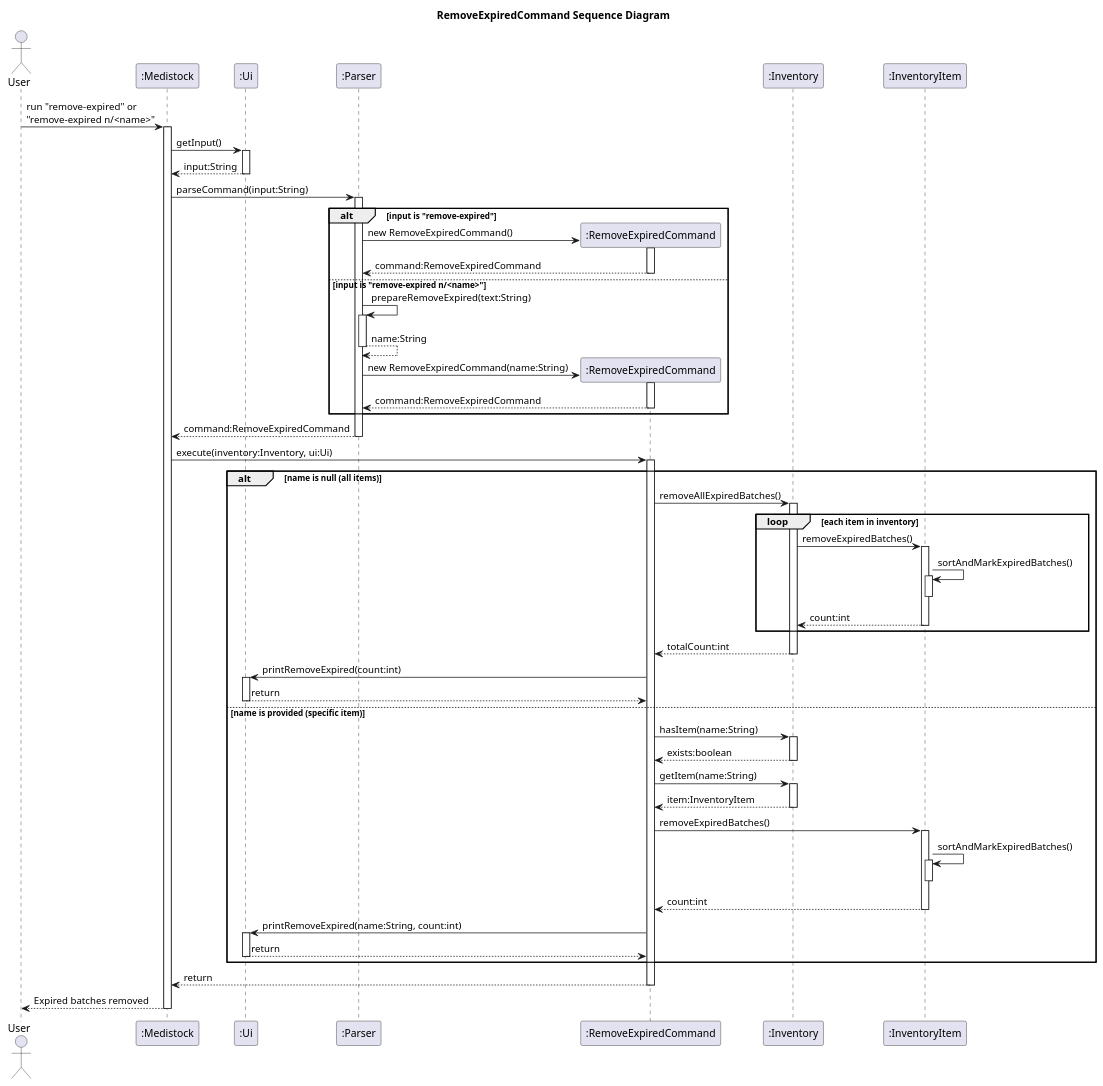
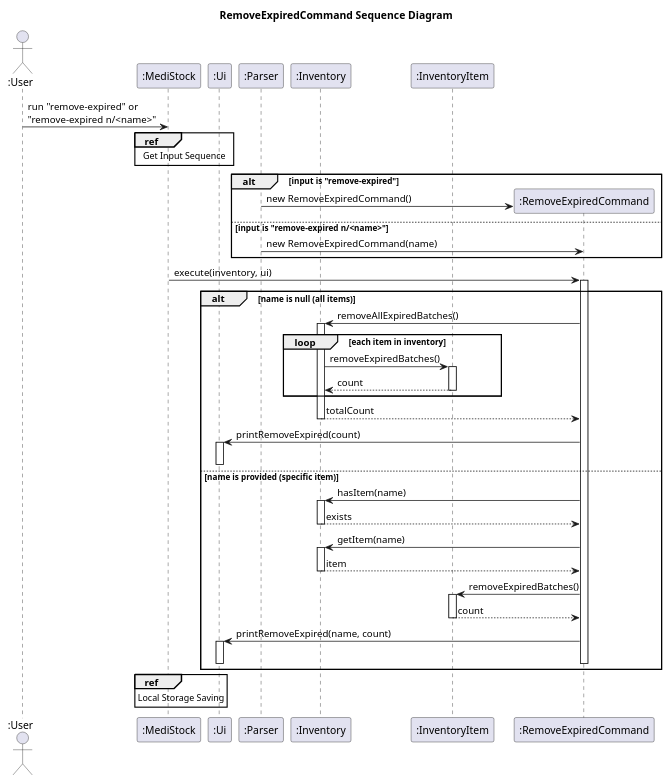
Before and after one commit to Yonish18/tp: the diagram in docs/uml/RemoveExpiredCommandSequenceDiagram.puml, drawn with PlantUML. The commit also changed 25 other files, not shown here.

First line of the commit message:
Updated DG to correct sequence diagrams.

```diff
--- a/docs/uml/RemoveExpiredCommandSequenceDiagram.puml
+++ b/docs/uml/RemoveExpiredCommandSequenceDiagram.puml
@@ -1,104 +1,54 @@
 @startuml
 title RemoveExpiredCommand Sequence Diagram
 
-actor User
-participant ":Medistock" as App
+actor ":User" as User
+participant ":MediStock" as App
 participant ":Ui" as Ui
 participant ":Parser" as Parser
-participant ":RemoveExpiredCommand" as Cmd
 participant ":Inventory" as Inventory
 participant ":InventoryItem" as Item
 
 User -> App : run "remove-expired" or\n"remove-expired n/<name>"
-activate App
-
-App -> Ui : getInput()
-activate Ui
-Ui --> App : input:String
-deactivate Ui
-
-App -> Parser : parseCommand(input:String)
-activate Parser
-
+ref over App, Ui
+    Get Input Sequence
+end
+create ":RemoveExpiredCommand" as Cmd
 alt input is "remove-expired"
-    create Cmd
     Parser -> Cmd : new RemoveExpiredCommand()
-    activate Cmd
-    Cmd --> Parser : command:RemoveExpiredCommand
-    deactivate Cmd
 else input is "remove-expired n/<name>"
-    Parser -> Parser : prepareRemoveExpired(text:String)
-    activate Parser
-    Parser --> Parser : name:String
-    deactivate Parser
-
-    create Cmd
-    Parser -> Cmd : new RemoveExpiredCommand(name:String)
-    activate Cmd
-    Cmd --> Parser : command:RemoveExpiredCommand
-    deactivate Cmd
+    Parser -> Cmd : new RemoveExpiredCommand(name)
 end
-
-Parser --> App : command:RemoveExpiredCommand
-deactivate Parser
-
-App -> Cmd : execute(inventory:Inventory, ui:Ui)
-activate Cmd
+App -> Cmd ++: execute(inventory, ui)
 
 alt name is null (all items)
-    Cmd -> Inventory : removeAllExpiredBatches()
-    activate Inventory
+    Cmd -> Inventory ++: removeAllExpiredBatches()
 
     loop each item in inventory
-        Inventory -> Item : removeExpiredBatches()
-        activate Item
-
-        Item -> Item : sortAndMarkExpiredBatches()
-        activate Item
-        deactivate Item
-
-        Item --> Inventory : count:int
-        deactivate Item
+        Inventory -> Item ++: removeExpiredBatches()
+        return count
     end
 
-    Inventory --> Cmd : totalCount:int
-    deactivate Inventory
+    return totalCount
 
-    Cmd -> Ui : printRemoveExpired(count:int)
-    activate Ui
-    Ui --> Cmd : return
+    Cmd -> Ui ++: printRemoveExpired(count)
     deactivate Ui
 
 else name is provided (specific item)
-    Cmd -> Inventory : hasItem(name:String)
-    activate Inventory
-    Inventory --> Cmd : exists:boolean
-    deactivate Inventory
+    Cmd -> Inventory ++: hasItem(name)
+    return exists
 
-    Cmd -> Inventory : getItem(name:String)
-    activate Inventory
-    Inventory --> Cmd : item:InventoryItem
-    deactivate Inventory
+    Cmd -> Inventory ++: getItem(name)
+    return item
 
-    Cmd -> Item : removeExpiredBatches()
-    activate Item
+    Cmd -> Item ++: removeExpiredBatches()
+    return count
 
-    Item -> Item : sortAndMarkExpiredBatches()
-    activate Item
-    deactivate Item
-
-    Item --> Cmd : count:int
-    deactivate Item
-
-    Cmd -> Ui : printRemoveExpired(name:String, count:int)
-    activate Ui
-    Ui --> Cmd : return
+    Cmd -> Ui ++: printRemoveExpired(name, count)
+    deactivate Cmd
     deactivate Ui
 end
 
-Cmd --> App : return
-deactivate Cmd
-
-App --> User : Expired batches removed
-deactivate App
+ref over App
+    Local Storage Saving
+end
 @enduml
```
